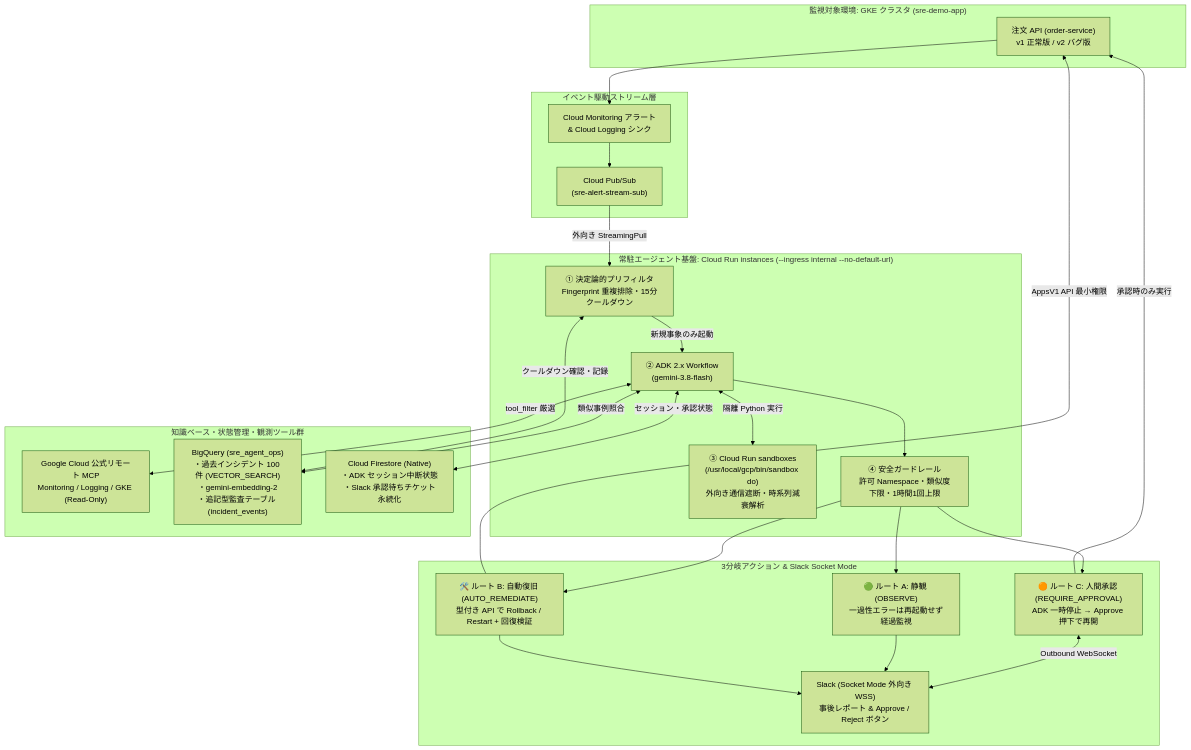
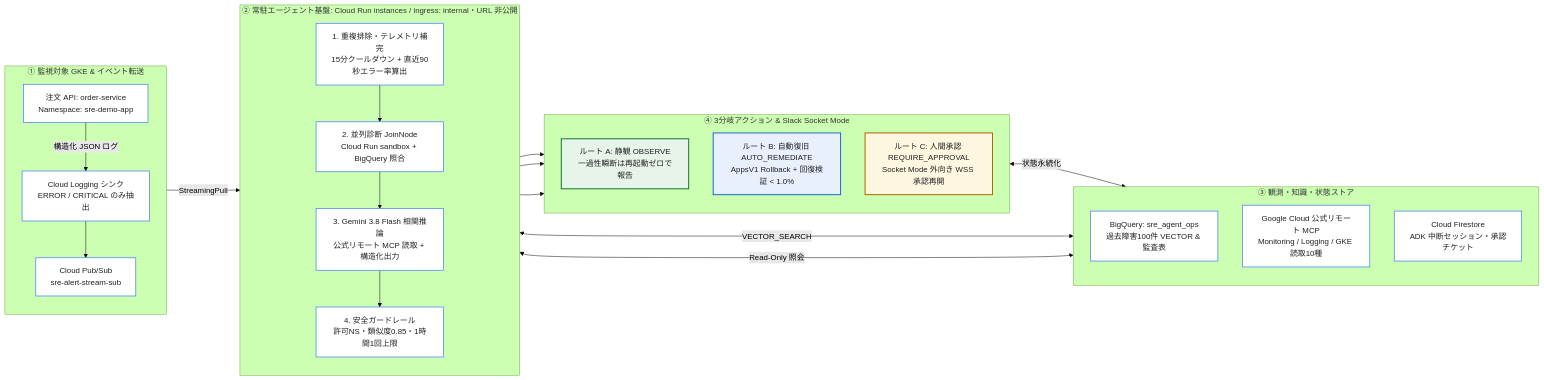
Before and after one commit to tyorikan/agentic-sre-handson: the diagram in README.md, drawn with Mermaid (forest theme). The commit also changed other lines of this file and 26 other files, not shown here.

Commit message:
docs: プロダクトアイコン付き構成図・シーケンス図 PNG (全19図) の追加と折りたたみ Mermaid 定義の精緻化

````diff
--- a/README.md
+++ b/README.md
@@ -11,48 +16,48 @@
 ```mermaid
-flowchart TB
-    subgraph TargetGKE["監視対象環境: GKE クラスタ (sre-demo-app)"]
-        OrderApp["注文 API (order-service)<br/>v1 正常版 / v2 バグ版"]
+flowchart LR
+    subgraph S1["① 監視対象 GKE & イベント転送"]
+        direction TB
+        OrderApp["注文 API: order-service<br/>Namespace: sre-demo-app"]
+        LogSink["Cloud Logging シンク<br/>ERROR / CRITICAL のみ抽出"]
+        PubSub["Cloud Pub/Sub<br/>sre-alert-stream-sub"]
+        OrderApp -->|"構造化 JSON ログ"| LogSink --> PubSub
     end
 
-    subgraph StreamLayer["イベント駆動ストリーム層"]
-        CloudObs["Cloud Monitoring アラート<br/>& Cloud Logging シンク"]
-        PubSub["Cloud Pub/Sub<br/>(sre-alert-stream-sub)"]
-        CloudObs --> PubSub
+    subgraph S2["② 常駐エージェント基盤: Cloud Run instances / ingress: internal・URL 非公開"]
+        direction TB
+        Dedup["1. 重複排除・テレメトリ補完<br/>15分クールダウン + 直近90秒エラー率算出"]
+        Diag["2. 並列診断 JoinNode<br/>Cloud Run sandbox + BigQuery 照合"]
+        Decide["3. Gemini 3.8 Flash 相関推論<br/>公式リモート MCP 読取 + 構造化出力"]
+        Guard["4. 安全ガードレール<br/>許可NS・類似度0.85・1時間1回上限"]
+        Dedup --> Diag --> Decide --> Guard
     end
 
-    subgraph AgentInstance["常駐エージェント基盤: Cloud Run instances (--ingress internal --no-default-url)"]
-        Dedup["① 決定論的プリフィルタ<br/>Fingerprint 重複排除・15分クールダウン"]
-        Orch["② ADK 2.x Workflow<br/>(gemini-3.8-flash)"]
-        Sandbox["③ Cloud Run sandboxes<br/>(/usr/local/gcp/bin/sandbox do)<br/>外向き通信遮断・時系列減衰解析"]
-        Guard["④ 安全ガードレール<br/>許可 Namespace・類似度下限・1時間1回上限"]
-
-        Dedup -->|"新規事象のみ起動"| Orch
-        Orch <-->|"隔離 Python 実行"| Sandbox
-        Orch --> Guard
+    subgraph S3["③ 観測・知識・状態ストア"]
+        direction TB
+        BQ["BigQuery: sre_agent_ops<br/>過去障害100件 VECTOR & 監査表"]
+        MCP["Google Cloud 公式リモート MCP<br/>Monitoring / Logging / GKE 読取10種"]
+        FS["Cloud Firestore<br/>ADK 中断セッション・承認チケット"]
     end
 
-    subgraph KnowledgeAndTools["知識ベース・状態管理・観測ツール群"]
-        RemoteMCP["Google Cloud 公式リモート MCP<br/>Monitoring / Logging / GKE (Read-Only)"]
-        BQ["BigQuery (sre_agent_ops)<br/>・過去インシデント 100 件 (VECTOR_SEARCH)<br/>・gemini-embedding-2<br/>・追記型監査テーブル (incident_events)"]
-        FS["Cloud Firestore (Native)<br/>・ADK セッション中断状態<br/>・Slack 承認待ちチケット永続化"]
+    subgraph S4["④ 3分岐アクション & Slack Socket Mode"]
+        direction TB
+        R1["ルート A: 静観 OBSERVE<br/>一過性瞬断は再起動ゼロで報告"]
+        R2["ルート B: 自動復旧 AUTO_REMEDIATE<br/>AppsV1 Rollback + 回復検証 < 1.0%"]
+        R3["ルート C: 人間承認 REQUIRE_APPROVAL<br/>Socket Mode 外向き WSS 承認再開"]
     end
 
-    subgraph ActionsAndSlack["3分岐アクション & Slack Socket Mode"]
-        R1["🟢 ルート A: 静観 (OBSERVE)<br/>一過性エラーは再起動せず経過監視"]
-        R2["🛠️ ルート B: 自動復旧 (AUTO_REMEDIATE)<br/>型付き API で Rollback / Restart + 回復検証"]
-        R3["🟠 ルート C: 人間承認 (REQUIRE_APPROVAL)<br/>ADK 一時停止 → Approve 押下で再開"]
-        Slack["Slack (Socket Mode 外向き WSS)<br/>事後レポート & Approve / Reject ボタン"]
-    end
+    PubSub -->|"StreamingPull"| Dedup
+    Diag <-->|"VECTOR_SEARCH"| BQ
+    Decide <-->|"Read-Only 照会"| MCP
+    Guard --> R1 & R2 & R3
+    R3 <-->|"状態永続化"| FS
 
-    OrderApp --> CloudObs
-    PubSub -->|"外向き StreamingPull"| Dedup
-    Orch <-->|"tool_filter 厳選"| RemoteMCP
-    Orch <-->|"類似事例照合"| BQ
-    Orch <-->|"セッション・承認状態"| FS
-    Dedup <-->|"クールダウン確認・記録"| BQ
-    Guard --> R1 & R2 & R3
-    R2 -->|"AppsV1 API 最小権限"| OrderApp
-    R3 <-->|"Outbound WebSocket"| Slack
-    R3 -->|"承認時のみ実行"| OrderApp
-    R1 & R2 --> Slack
+    classDef surface fill:#ffffff,stroke:#4285F4,stroke-width:1.5px,color:#202124;
+    classDef routeA fill:#e6f4ea,stroke:#137333,stroke-width:2px,color:#202124;
+    classDef routeB fill:#e8f0fe,stroke:#1967d2,stroke-width:2px,color:#202124;
+    classDef routeC fill:#fef7e0,stroke:#b06000,stroke-width:2px,color:#202124;
+    class OrderApp,LogSink,PubSub,Dedup,Diag,Decide,Guard,MCP,BQ,FS surface;
+    class R1 routeA;
+    class R2 routeB;
+    class R3 routeC;
 ```
````
